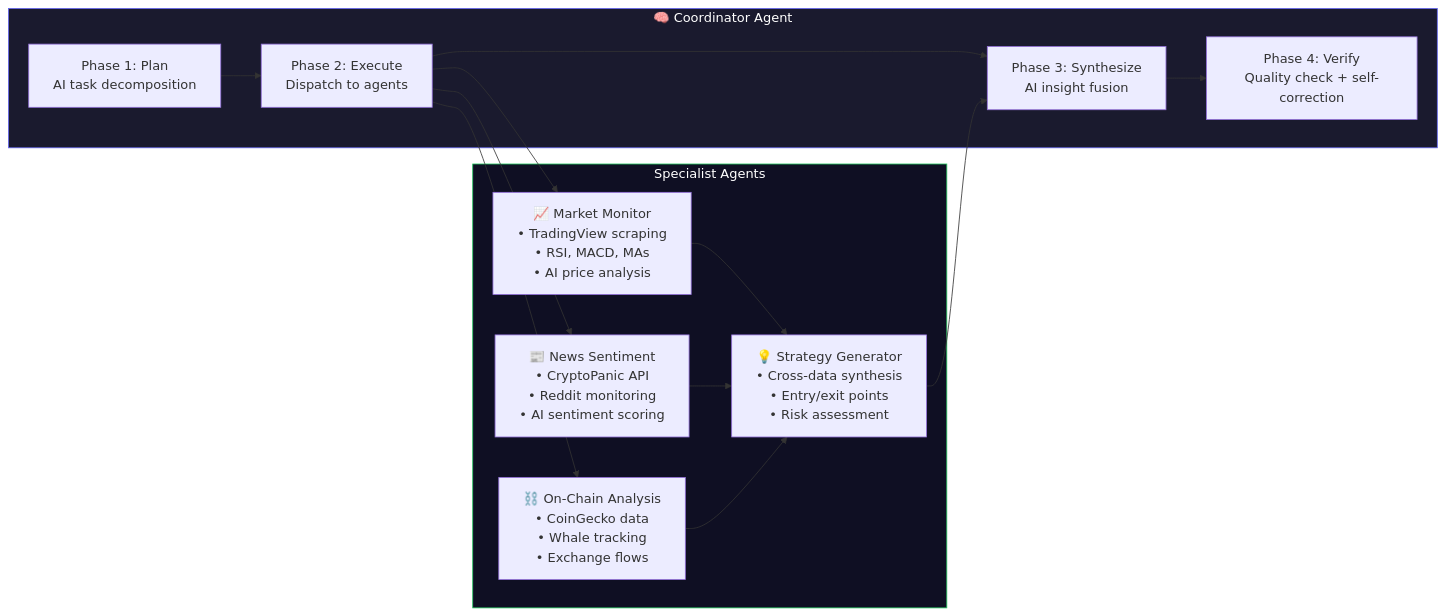
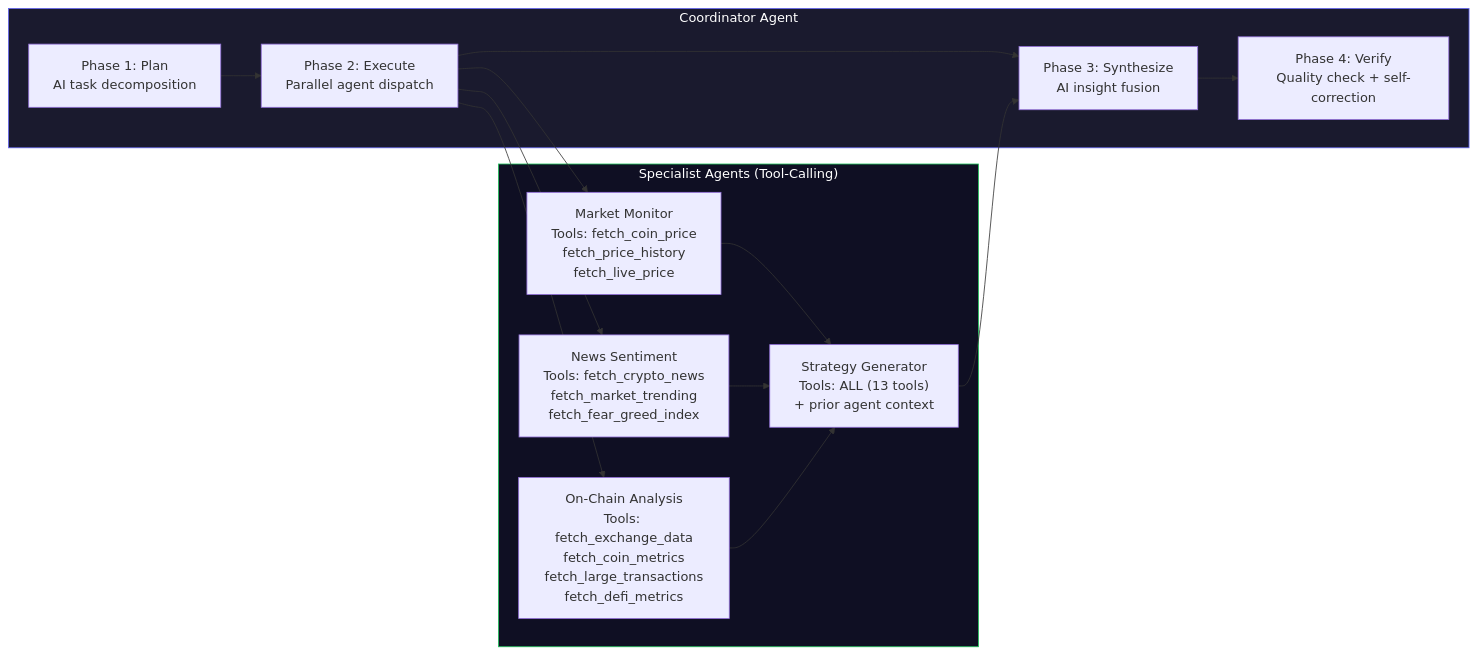
The fourth of 4 diagrams in README.md (HarshaVardhanMannem/CryptoNexus), drawn with Mermaid before and after one commit. The commit also changed other lines of this file, not shown here.

````diff
--- a/README.md
+++ b/README.md
@@ -328,28 +386,28 @@
 ```mermaid
 graph LR
-    subgraph Coordinator["🧠 Coordinator Agent"]
+    subgraph Coordinator["Coordinator Agent"]
         P["Phase 1: Plan<br/>AI task decomposition"]
-        E["Phase 2: Execute<br/>Dispatch to agents"]
+        E["Phase 2: Execute<br/>Parallel agent dispatch"]
         S["Phase 3: Synthesize<br/>AI insight fusion"]
         V["Phase 4: Verify<br/>Quality check + self-correction"]
         P --> E --> S --> V
     end
 
-    subgraph Specialists["Specialist Agents"]
-        MM["📈 Market Monitor<br/>• TradingView scraping<br/>• RSI, MACD, MAs<br/>• AI price analysis"]
-        NS["📰 News Sentiment<br/>• CryptoPanic API<br/>• Reddit monitoring<br/>• AI sentiment scoring"]
-        OC["⛓️ On-Chain Analysis<br/>• CoinGecko data<br/>• Whale tracking<br/>• Exchange flows"]
-        SG["💡 Strategy Generator<br/>• Cross-data synthesis<br/>• Entry/exit points<br/>• Risk assessment"]
+    subgraph Specialists["Specialist Agents (Tool-Calling)"]
+        MM["Market Monitor<br/>Tools: fetch_coin_price<br/>fetch_price_history<br/>fetch_live_price"]
+        NS["News Sentiment<br/>Tools: fetch_crypto_news<br/>fetch_market_trending<br/>fetch_fear_greed_index"]
+        OC["On-Chain Analysis<br/>Tools: fetch_exchange_data<br/>fetch_coin_metrics<br/>fetch_large_transactions<br/>fetch_defi_metrics"]
+        SG["Strategy Generator<br/>Tools: ALL (13 tools)<br/>+ prior agent context"]
     end
 
     E --> MM
     E --> NS
     E --> OC
     MM --> SG
     NS --> SG
     OC --> SG
     SG --> S
 
     style Coordinator fill:#1a1a2e,color:#fff,stroke:#6366f1
     style Specialists fill:#0f0f23,color:#fff,stroke:#22c55e
 ```
````
